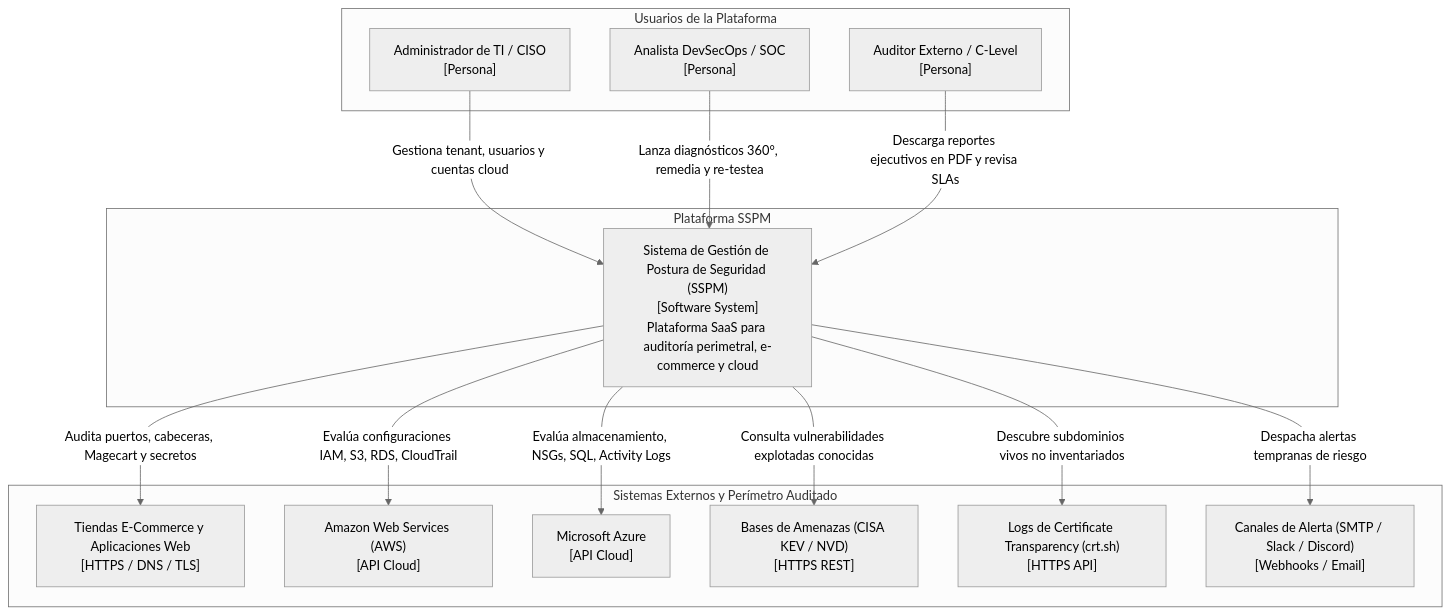
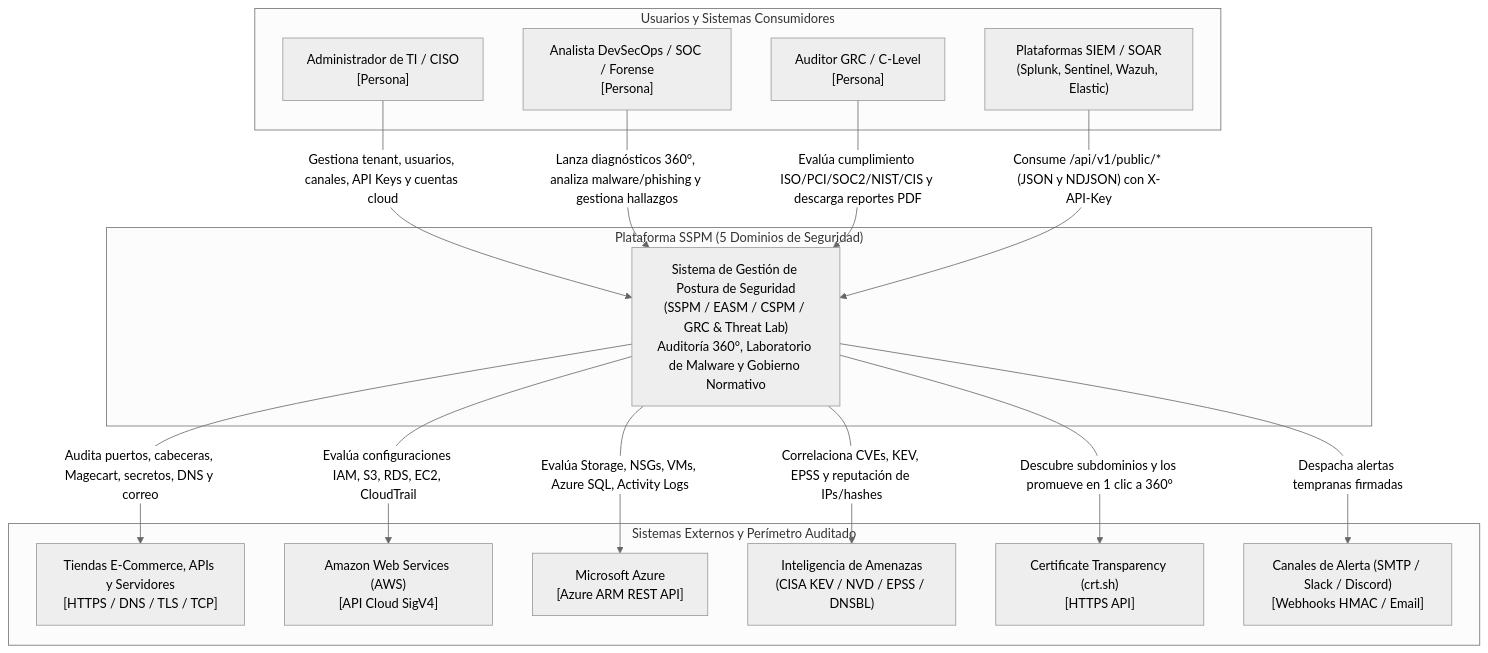
The first of 4 diagrams in docs/architecture/overview.md (Juandks12/Sistema-de-Gestion-de-Postura-de-Seguridad-SSPM), drawn with Mermaid (neutral theme) before and after one commit. The commit also changed other lines of this file and 8 other files, not shown here.

Commit message:
docs: update repository documentation to v3.0.0 covering Sprints 18-23 and 5-domain architecture

````diff
--- a/docs/architecture/overview.md
+++ b/docs/architecture/overview.md
@@ -28,32 +34,34 @@
 ```mermaid
 graph TD
-    subgraph "Usuarios de la Plataforma"
+    subgraph "Usuarios y Sistemas Consumidores"
         Admin["Administrador de TI / CISO<br>[Persona]"]
-        Analyst["Analista DevSecOps / SOC<br>[Persona]"]
-        Auditor["Auditor Externo / C-Level<br>[Persona]"]
+        Analyst["Analista DevSecOps / SOC / Forense<br>[Persona]"]
+        Auditor["Auditor GRC / C-Level<br>[Persona]"]
+        SIEM_Ext["Plataformas SIEM / SOAR<br>(Splunk, Sentinel, Wazuh, Elastic)"]
     end
 
-    subgraph "Plataforma SSPM"
-        SSPM_System["Sistema de Gestión de Postura de Seguridad (SSPM)<br>[Software System]<br>Plataforma SaaS para auditoría perimetral, e-commerce y cloud"]
+    subgraph "Plataforma SSPM (5 Dominios de Seguridad)"
+        SSPM_System["Sistema de Gestión de Postura de Seguridad<br>(SSPM / EASM / CSPM / GRC & Threat Lab)<br>Auditoría 360°, Laboratorio de Malware y Gobierno Normativo"]
     end
 
     subgraph "Sistemas Externos y Perímetro Auditado"
-        Target_Ecom["Tiendas E-Commerce y Aplicaciones Web<br>[HTTPS / DNS / TLS]"]
-        Cloud_AWS["Amazon Web Services (AWS)<br>[API Cloud]"]
-        Cloud_Azure["Microsoft Azure<br>[API Cloud]"]
-        Threat_Feeds["Bases de Amenazas (CISA KEV / NVD)<br>[HTTPS REST]"]
-        CT_Logs["Logs de Certificate Transparency (crt.sh)<br>[HTTPS API]"]
-        Notif_Channels["Canales de Alerta (SMTP / Slack / Discord)<br>[Webhooks / Email]"]
+        Target_Ecom["Tiendas E-Commerce, APIs y Servidores<br>[HTTPS / DNS / TLS / TCP]"]
+        Cloud_AWS["Amazon Web Services (AWS)<br>[API Cloud SigV4]"]
+        Cloud_Azure["Microsoft Azure<br>[Azure ARM REST API]"]
+        Threat_Feeds["Inteligencia de Amenazas<br>(CISA KEV / NVD / EPSS / DNSBL)"]
+        CT_Logs["Certificate Transparency (crt.sh)<br>[HTTPS API]"]
+        Notif_Channels["Canales de Alerta (SMTP / Slack / Discord)<br>[Webhooks HMAC / Email]"]
     end
 
-    Admin -->|"Gestiona tenant, usuarios y cuentas cloud"| SSPM_System
-    Analyst -->|"Lanza diagnósticos 360°, remedia y re-testea"| SSPM_System
-    Auditor -->|"Descarga reportes ejecutivos en PDF y revisa SLAs"| SSPM_System
+    Admin -->|"Gestiona tenant, usuarios, canales, API Keys y cuentas cloud"| SSPM_System
+    Analyst -->|"Lanza diagnósticos 360°, analiza malware/phishing y gestiona hallazgos"| SSPM_System
+    Auditor -->|"Evalúa cumplimiento ISO/PCI/SOC2/NIST/CIS y descarga reportes PDF"| SSPM_System
+    SIEM_Ext -->|"Consume /api/v1/public/* (JSON y NDJSON) con X-API-Key"| SSPM_System
 
-    SSPM_System -->|"Audita puertos, cabeceras, Magecart y secretos"| Target_Ecom
-    SSPM_System -->|"Evalúa configuraciones IAM, S3, RDS, CloudTrail"| Cloud_AWS
-    SSPM_System -->|"Evalúa almacenamiento, NSGs, SQL, Activity Logs"| Cloud_Azure
-    SSPM_System -->|"Consulta vulnerabilidades explotadas conocidas"| Threat_Feeds
-    SSPM_System -->|"Descubre subdominios vivos no inventariados"| CT_Logs
-    SSPM_System -->|"Despacha alertas tempranas de riesgo"| Notif_Channels
+    SSPM_System -->|"Audita puertos, cabeceras, Magecart, secretos, DNS y correo"| Target_Ecom
+    SSPM_System -->|"Evalúa configuraciones IAM, S3, RDS, EC2, CloudTrail"| Cloud_AWS
+    SSPM_System -->|"Evalúa Storage, NSGs, VMs, Azure SQL, Activity Logs"| Cloud_Azure
+    SSPM_System -->|"Correlaciona CVEs, KEV, EPSS y reputación de IPs/hashes"| Threat_Feeds
+    SSPM_System -->|"Descubre subdominios y los promueve en 1 clic a 360°"| CT_Logs
+    SSPM_System -->|"Despacha alertas tempranas firmadas"| Notif_Channels
 ```
````
